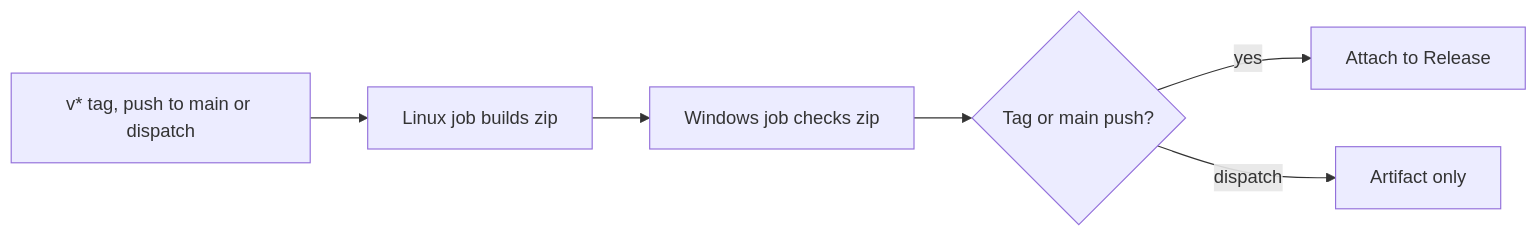
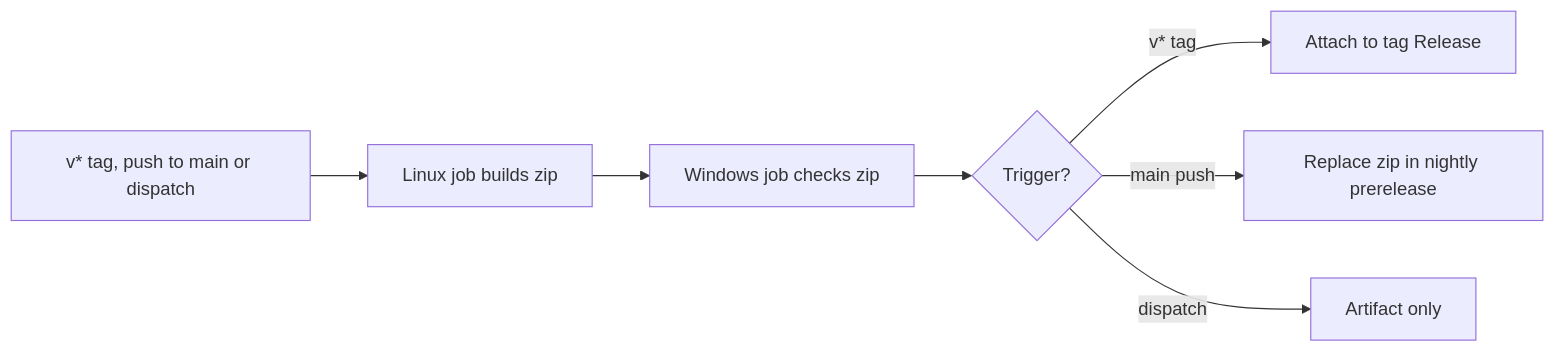
Before and after one commit to syudead/vv: the ninth of 9 diagrams in docs/design-docs/windows-app.md, drawn with Mermaid. The commit also changed other lines of this file and 8 other files, not shown here.

First line of the commit message:
ci: main の Windows 版を prerelease の nightly 1 件に差し替える

````diff
--- a/docs/design-docs/windows-app.md
+++ b/docs/design-docs/windows-app.md
@@ -282,8 +283,9 @@
 ```mermaid
 flowchart LR
   tag[v* tag, push to main or dispatch] --> build[Linux job builds zip]
   build --> verify[Windows job checks zip]
-  verify --> pushed{Tag or main push?}
-  pushed -->|yes| release[Attach to Release]
+  verify --> pushed{Trigger?}
+  pushed -->|v* tag| release[Attach to tag Release]
+  pushed -->|main push| nightly[Replace zip in nightly prerelease]
   pushed -->|dispatch| artifact[Artifact only]
 ```
````
